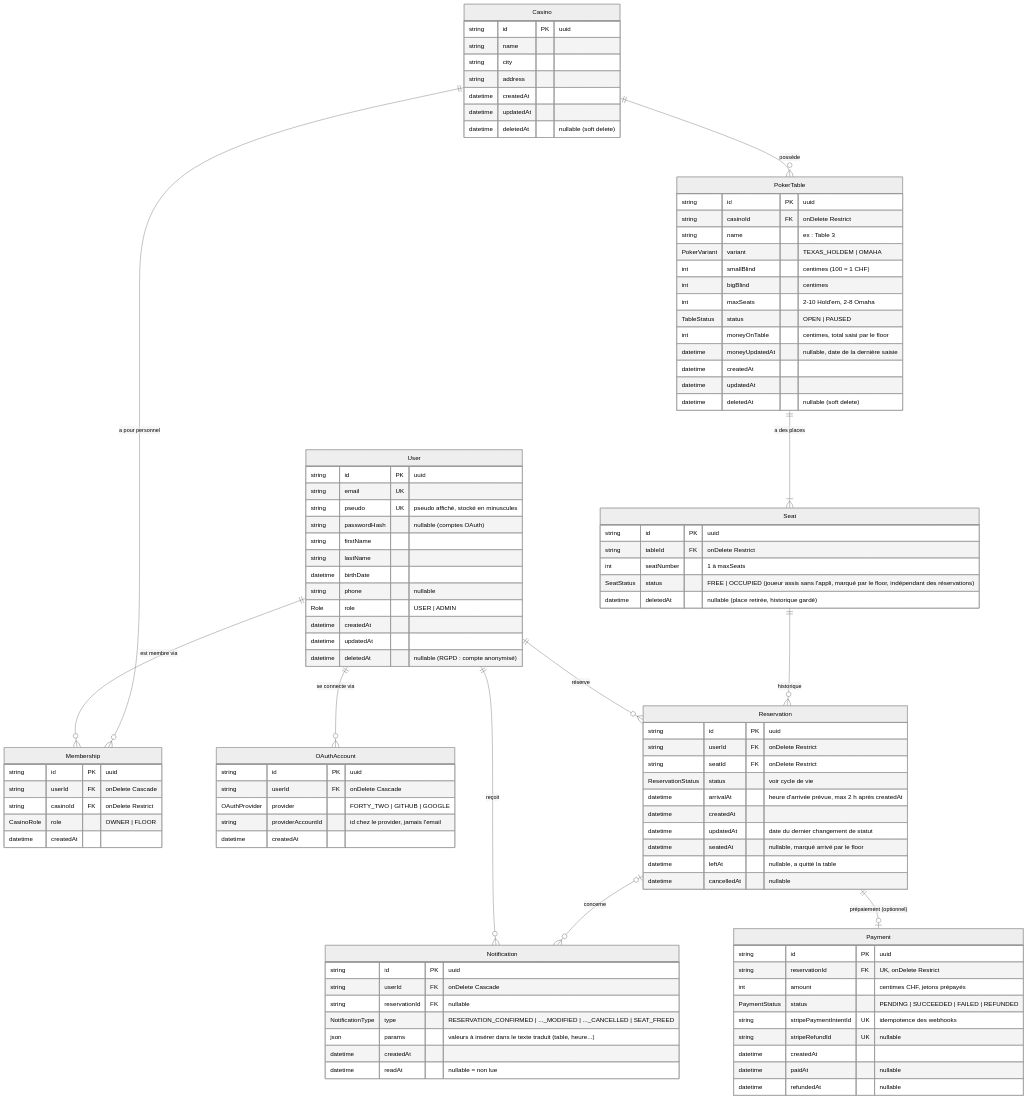
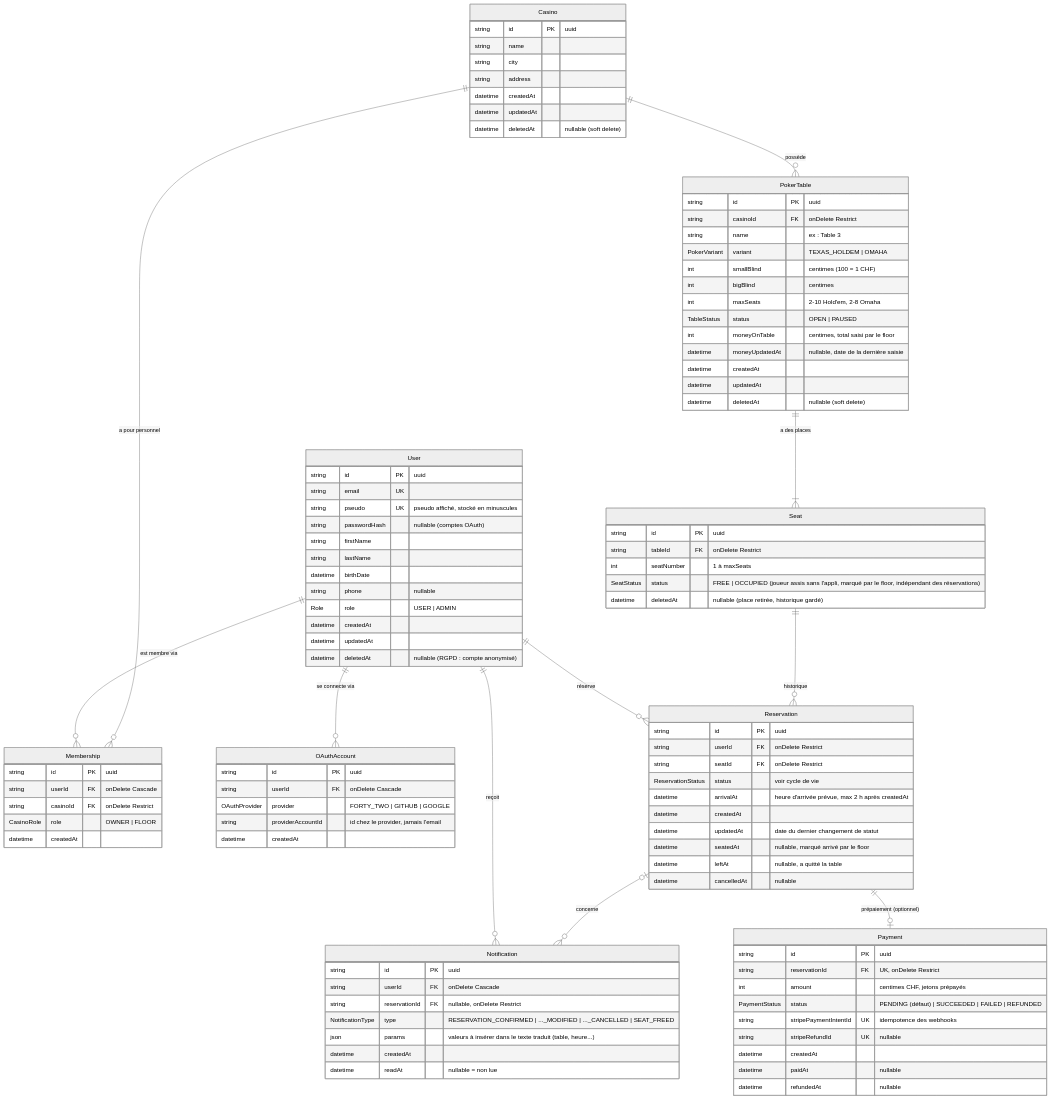
One commit to Les-razmokets/42-transcendence changed the first of 2 diagrams in docs/db-schema.md. Above: the diagram before and after it, drawn with Mermaid (neutral theme). The commit also changed other lines of this file, not shown here.

Commit message:
chore(db): maj schema-db docs

```diff
--- a/docs/db-schema.md
+++ b/docs/db-schema.md
@@ -100,7 +100,7 @@
         string id PK "uuid"
         string reservationId FK "UK, onDelete Restrict"
         int amount "centimes CHF, jetons prépayés"
-        PaymentStatus status "PENDING | SUCCEEDED | FAILED | REFUNDED"
+        PaymentStatus status "PENDING (défaut) | SUCCEEDED | FAILED | REFUNDED"
         string stripePaymentIntentId UK "idempotence des webhooks"
         string stripeRefundId UK "nullable"
         datetime createdAt
@@ -111,7 +111,7 @@
     Notification {
         string id PK "uuid"
         string userId FK "onDelete Cascade"
-        string reservationId FK "nullable"
+        string reservationId FK "nullable, onDelete Restrict"
         NotificationType type "RESERVATION_CONFIRMED | ..._MODIFIED | ..._CANCELLED | SEAT_FREED"
         json params "valeurs à insérer dans le texte traduit (table, heure...)"
         datetime createdAt
```
